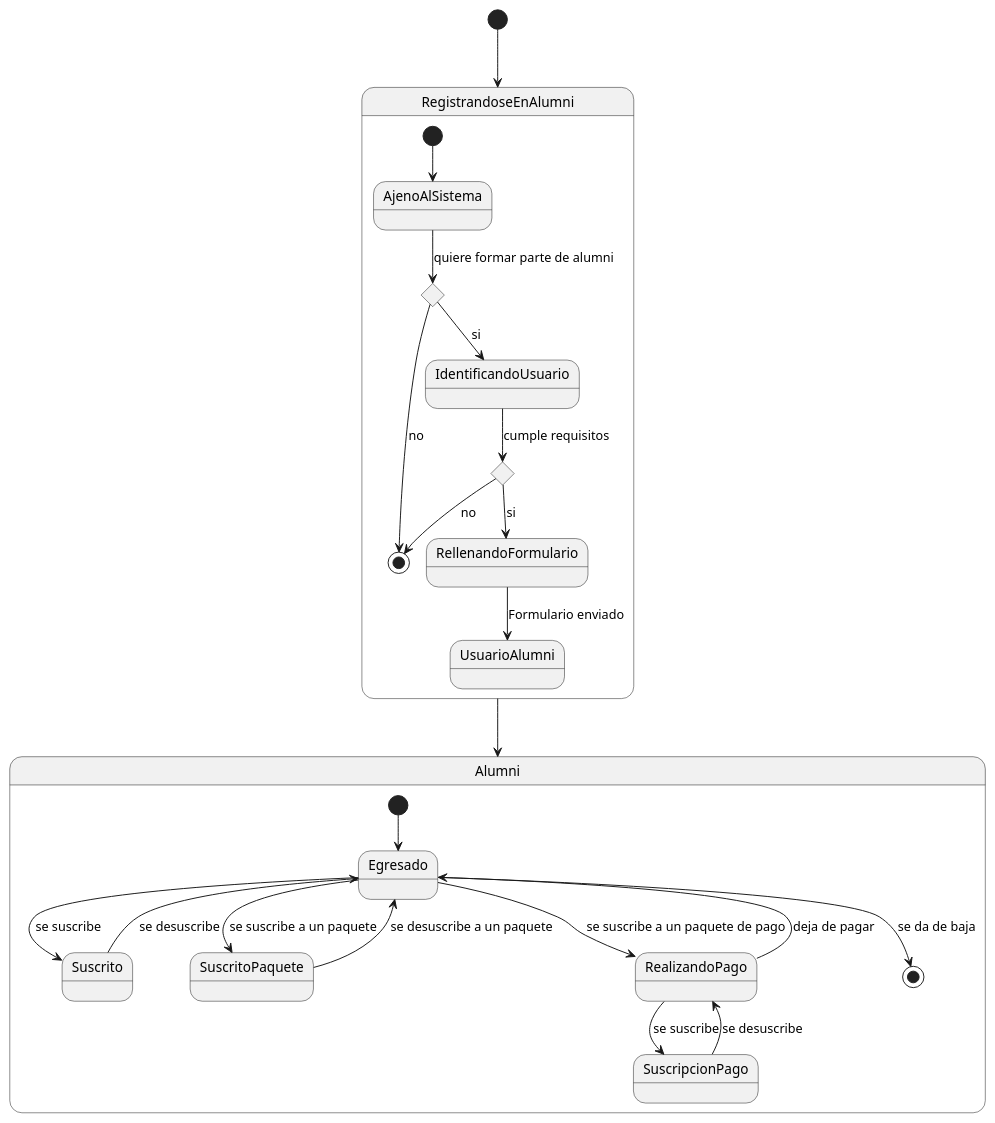
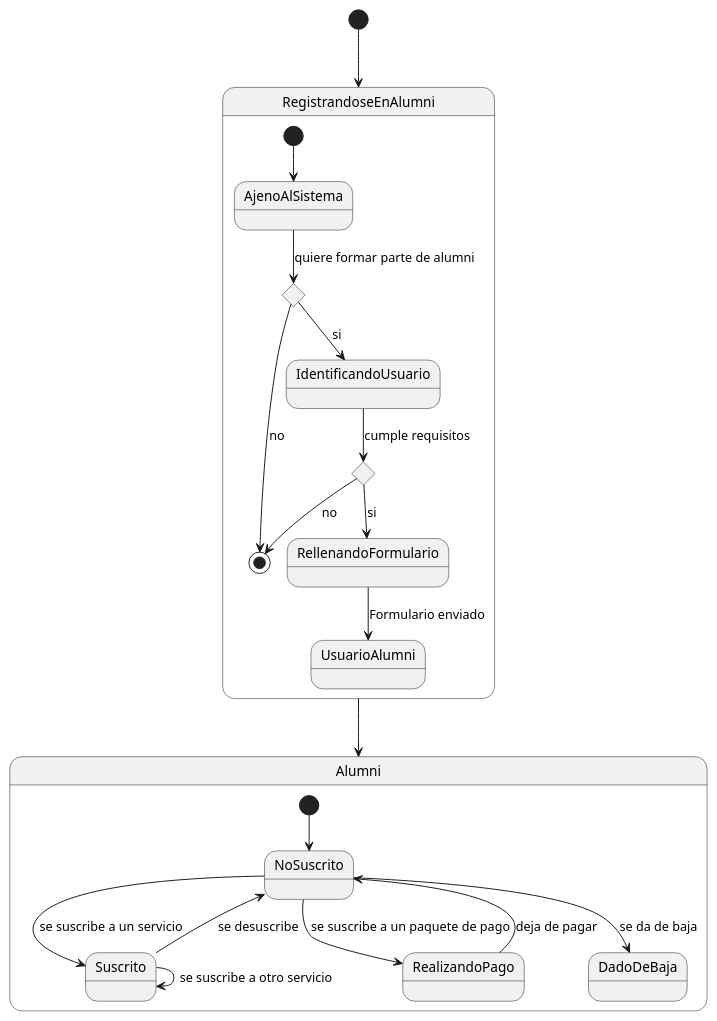
One commit to mmasias/23-24-IdSw1-SDR changed the diagram in Modelo_de_Dominio/Diagramas_de_Estado/Cuarta_Iteración/Egresado/Diagrama_de_Estados_Egresado.puml. Above: the diagram before and after it, drawn with PlantUML.

Commit message:
quinta iteración Co-authored-by: AdrianOrtizdelaCruz <adrian.ortiz@alumnos.uneatlantico.es>

```diff
--- a/Modelo_de_Dominio/Diagramas_de_Estado/Cuarta_Iteración/Egresado/Diagrama_de_Estados_Egresado.puml
+++ b/Modelo_de_Dominio/Diagramas_de_Estado/Cuarta_Iteración/Egresado/Diagrama_de_Estados_Egresado.puml
@@ -1,31 +1,28 @@
 '!theme amiga
 
 [*] --> RegistrandoseEnAlumni
 
 state RegistrandoseEnAlumni{
 [*]-->AjenoAlSistema
 State accion <<choice>>
 AjenoAlSistema --> accion : quiere formar parte de alumni
 accion --> [*] : no 
 accion --> IdentificandoUsuario : si
 State accion1 <<choice>>
 IdentificandoUsuario --> accion1 : cumple requisitos
 accion1 -->[*] : no
 accion1 -->RellenandoFormulario : si
 RellenandoFormulario --> UsuarioAlumni : Formulario enviado
 
 }
 RegistrandoseEnAlumni --> Alumni
 state Alumni{
-[*]-->Egresado
-Egresado --> Suscrito : se suscribe
-Egresado --> SuscritoPaquete : se suscribe a un paquete
-SuscritoPaquete--> Egresado: se desuscribe a un paquete
-Egresado --> RealizandoPago : se suscribe a un paquete de pago
-RealizandoPago --> SuscripcionPago : se suscribe
-SuscripcionPago -->RealizandoPago : se desuscribe
-Suscrito -->Egresado : se desuscribe
-RealizandoPago --> Egresado : deja de pagar
-Egresado -->[*]:se da de baja
+[*]-->NoSuscrito
+NoSuscrito--> Suscrito : se suscribe a un servicio
+Suscrito --> Suscrito : se suscribe a otro servicio
+NoSuscrito--> RealizandoPago : se suscribe a un paquete de pago
+Suscrito -->NoSuscrito: se desuscribe
+RealizandoPago --> NoSuscrito: deja de pagar
+NoSuscrito-->DadoDeBaja:se da de baja
 }
 @enduml
```
